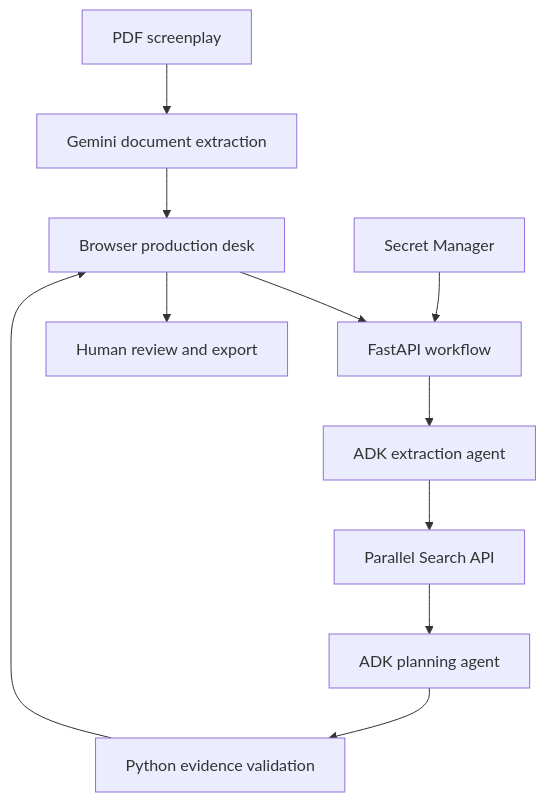
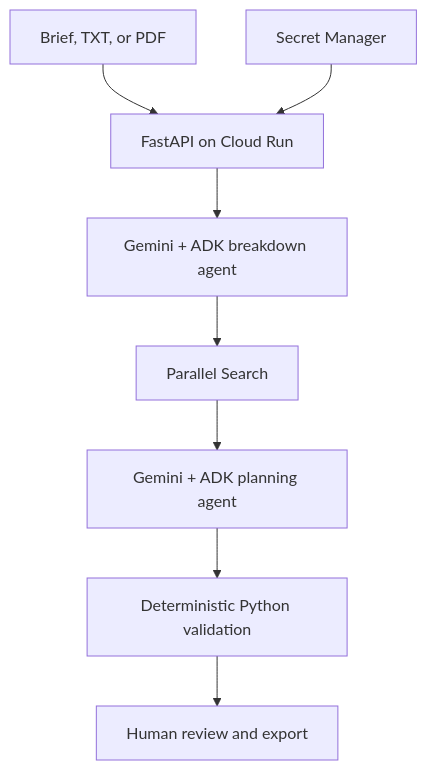
The diagram in README.md (Akarsh-42/sceneready-studio), drawn with Mermaid before and after one commit. The commit also changed other lines of this file and 6 other files, not shown here.

````diff
--- a/README.md
+++ b/README.md
@@ -61,13 +57,10 @@
 ```mermaid
 flowchart TD
-  UI[Browser production desk] --> API[FastAPI workflow]
-  PDF[PDF screenplay] --> GeminiDocs[Gemini document extraction]
-  GeminiDocs --> UI
-  API --> Extract[ADK extraction agent]
-  Extract --> Research[Parallel Search API]
-  Research --> Plan[ADK planning agent]
-  Plan --> Validate[Python evidence validation]
-  Validate --> UI
-  UI --> Review[Human review and export]
-  Secrets[Secret Manager] --> API
+  Input["Brief, TXT, or PDF"] --> API["FastAPI on Cloud Run"]
+  API --> Extract["Gemini + ADK breakdown agent"]
+  Extract --> Search["Parallel Search"]
+  Search --> Plan["Gemini + ADK planning agent"]
+  Plan --> Verify["Deterministic Python validation"]
+  Verify --> Desk["Human review and export"]
+  Secrets["Secret Manager"] --> API
 ```
````
